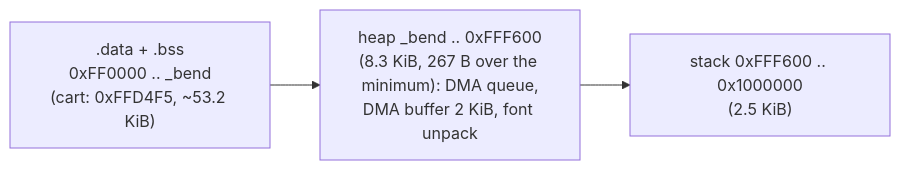
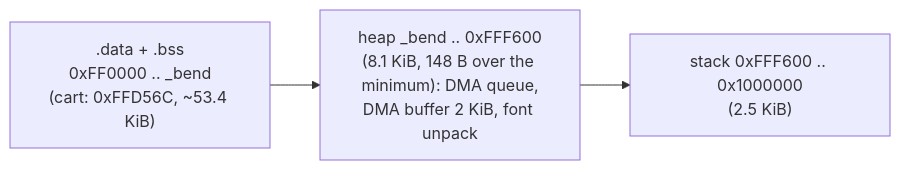
The diagram in lode/build/ram-budget.md (jfryman/mega-wifi-radar), drawn with Mermaid before and after one commit. The commit also changed 63 other files, not shown here.

````diff
--- a/lode/build/ram-budget.md
+++ b/lode/build/ram-budget.md
@@ -8,5 +8,5 @@
 ```mermaid
 flowchart LR
-  S[".data + .bss<br/>0xFF0000 .. _bend<br/>(cart: 0xFFD4F5, ~53.2 KiB)"] --> H["heap _bend .. 0xFFF600<br/>(8.3 KiB, 267 B over the minimum): DMA queue,<br/>DMA buffer 2 KiB, font unpack"]
+  S[".data + .bss<br/>0xFF0000 .. _bend<br/>(cart: 0xFFD56C, ~53.4 KiB)"] --> H["heap _bend .. 0xFFF600<br/>(8.1 KiB, 148 B over the minimum): DMA queue,<br/>DMA buffer 2 KiB, font unpack"]
   H --> K["stack 0xFFF600 .. 0x1000000<br/>(2.5 KiB)"]
 ```
````
